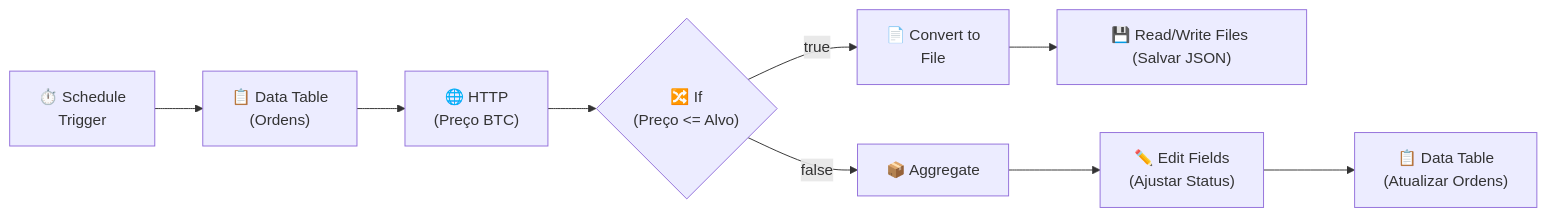
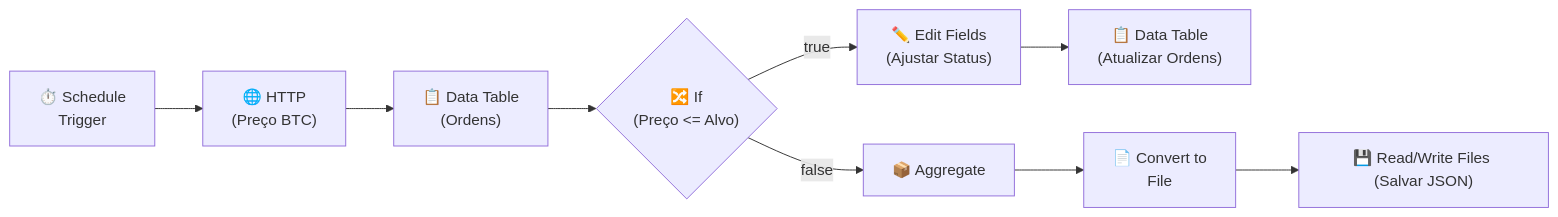
The second of 2 diagrams in pages/n8n/slide-etapa2.md (jcguimaraesnet/course-intelligent-agents), drawn with Mermaid before and after one commit. The commit also changed other lines of this file, not shown here.

Commit message:
docs: atualizar fluxo e prompt do workflow de bitcoin no slide da etapa 2

````diff
--- a/pages/n8n/slide-etapa2.md
+++ b/pages/n8n/slide-etapa2.md
@@ -963,13 +963,13 @@
 ```mermaid {theme: 'dark'}
 flowchart LR
-    A["⏱️ Schedule<br/>Trigger"] --> B["📋 Data Table<br/>(Ordens)"]
-    B --> C["🌐 HTTP<br/>(Preço BTC)"]
+    A["⏱️ Schedule<br/>Trigger"] --> B["🌐 HTTP<br/>(Preço BTC)"]
+    B --> C["📋 Data Table<br/>(Ordens)"]
     C --> D{"🔀 If <br/>(Preço <= Alvo)"}
     
-    D -- "true" --> E["📄 Convert to<br/> File"]
-    E --> F["💾 Read/Write Files (Salvar JSON)"]
+    D -- "true" --> E["✏️ Edit Fields <br/>(Ajustar Status)"]
+    E --> F["📋 Data Table <br/>(Atualizar Ordens)"]
     
     D -- "false" --> G["📦 Aggregate"]
-    G --> H["✏️ Edit Fields <br/>(Ajustar Status)"]
-    H --> I["📋 Data Table <br/>(Atualizar Ordens)"]
+    G --> H["📄 Convert to<br/> File"]
+    H --> I["💾 Read/Write Files (Salvar JSON)"]
 ```
````
